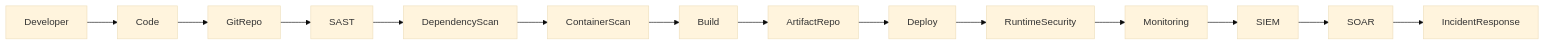
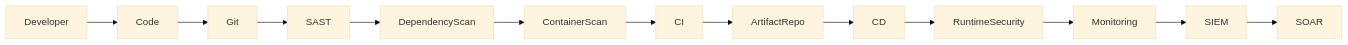
The second of 2 diagrams in README.md (ajaygandikota/ajaygandikota), drawn with Mermaid (base theme) before and after one commit. The commit also changed other lines of this file, not shown here.

````diff
--- a/README.md
+++ b/README.md
@@ -35,16 +96,15 @@
 ``` mermaid
 flowchart LR
 Developer --> Code
-Code --> GitRepo
-GitRepo --> SAST
+Code --> Git
+Git --> SAST
 SAST --> DependencyScan
 DependencyScan --> ContainerScan
-ContainerScan --> Build
-Build --> ArtifactRepo
-ArtifactRepo --> Deploy
-Deploy --> RuntimeSecurity
+ContainerScan --> CI
+CI --> ArtifactRepo
+ArtifactRepo --> CD
+CD --> RuntimeSecurity
 RuntimeSecurity --> Monitoring
 Monitoring --> SIEM
 SIEM --> SOAR
-SOAR --> IncidentResponse
 ```
````
